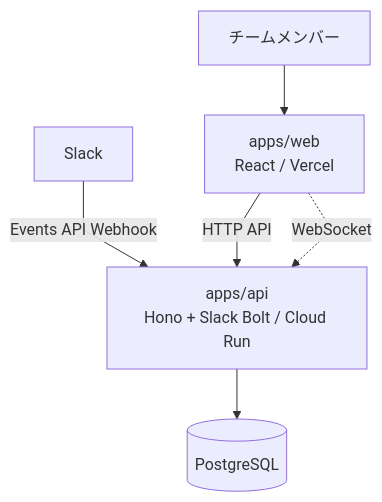
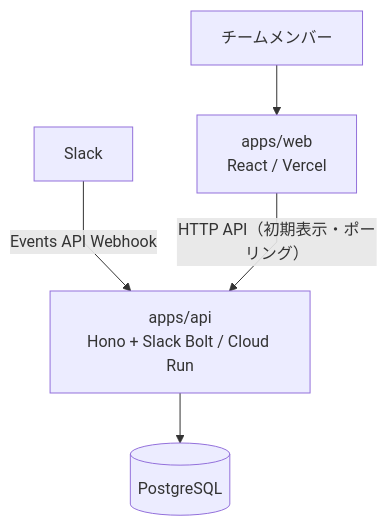
One commit to katsudon08/tamamori changed the diagram in docs/architecture-design.md. Above: the diagram before and after it, drawn with Mermaid. The commit also changed other lines of this file and 2 other files, not shown here.

First line of the commit message:
docs(adr): 盆栽更新の反映にポーリングを採用し WebSocket をやめる (ADR-004) (#91) (#102)

````diff
--- a/docs/architecture-design.md
+++ b/docs/architecture-design.md
@@ -9,15 +9,14 @@
 ```mermaid
 %%{init: {"flowchart": {"curve": "linear"}}}%%
 flowchart TD
     User["チームメンバー"]
     Slack["Slack"]
     Web["apps/web<br />React / Vercel"]
     Api["apps/api<br />Hono + Slack Bolt / Cloud Run"]
     Db[("PostgreSQL")]
 
     User --> Web
     Slack -->|Events API Webhook| Api
-    Web -->|HTTP API| Api
-    Web -.->|WebSocket| Api
+    Web -->|HTTP API（初期表示・ポーリング）| Api
     Api --> Db
 ```
````
